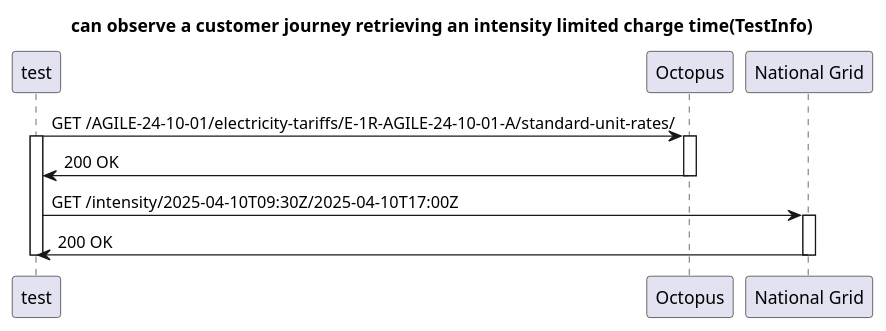
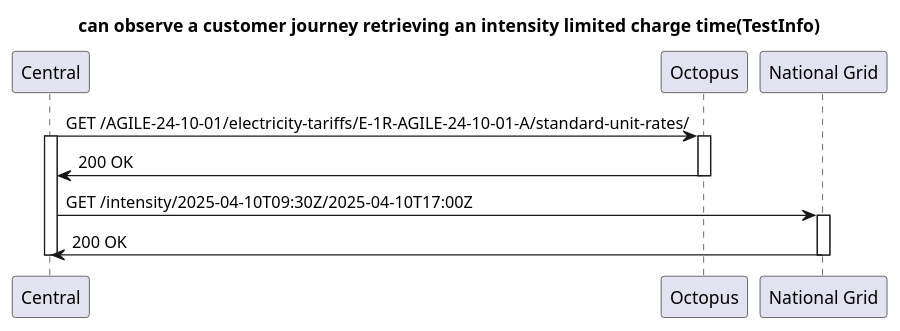
The diagram in WebApp/generated/can-observe-a-customer-journey-retrieving-an-intensity-limited-charge-time/sequence.puml (JamesWheadon/Carbon-Intensity), drawn with PlantUML before and after one commit. The commit also changed 1 other file, not shown here.

Commit message:
change name in test to accurately reflect service names

```diff
--- a/WebApp/generated/can-observe-a-customer-journey-retrieving-an-intensity-limited-charge-time/sequence.puml
+++ b/WebApp/generated/can-observe-a-customer-journey-retrieving-an-intensity-limited-charge-time/sequence.puml
@@ -1,18 +1,18 @@
 @startuml
 title can observe a customer journey retrieving an intensity limited charge time(TestInfo)
-participant "test"
+participant "Central"
 participant "Octopus"
 participant "National Grid"
-"test" -> "Octopus": GET /AGILE-24-10-01/electricity-tariffs/E-1R-AGILE-24-10-01-A/standard-unit-rates/
-activate "test"
+"Central" -> "Octopus": GET /AGILE-24-10-01/electricity-tariffs/E-1R-AGILE-24-10-01-A/standard-unit-rates/
+activate "Central"
 activate "Octopus"
-"Octopus" -> "test": 200 OK
+"Octopus" -> "Central": 200 OK
 
 deactivate "Octopus"
-"test" -> "National Grid": GET /intensity/2025-04-10T09:30Z/2025-04-10T17:00Z
+"Central" -> "National Grid": GET /intensity/2025-04-10T09:30Z/2025-04-10T17:00Z
 
 activate "National Grid"
-"National Grid" -> "test": 200 OK
-deactivate "test"
+"National Grid" -> "Central": 200 OK
+deactivate "Central"
 deactivate "National Grid"
 @enduml
```
